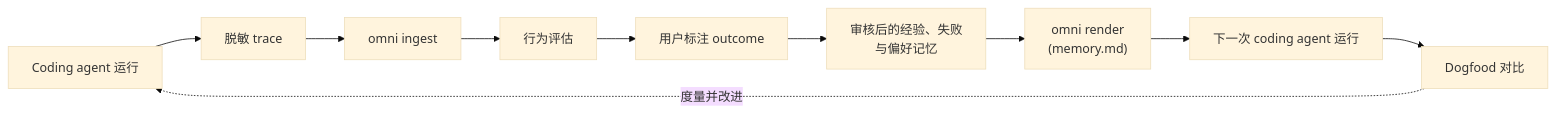
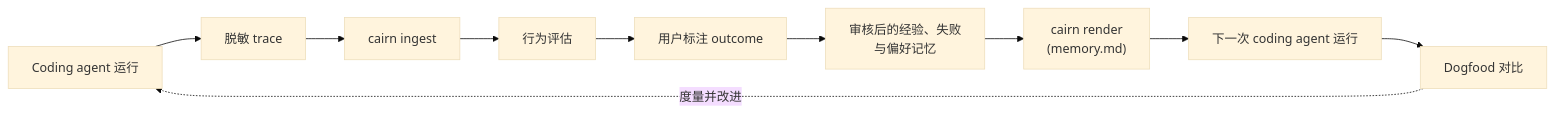
Before and after one commit to Jerry2003826/Cairn-Memory: the diagram in README.zh-CN.md, drawn with Mermaid (base theme). The commit also changed other lines of this file and 66 other files, not shown here.

First line of the commit message:
Rename product to Cairn Memory (#65)

````diff
--- a/README.zh-CN.md
+++ b/README.zh-CN.md
@@ -31,12 +31,12 @@
 ```mermaid
 flowchart LR
     A[Coding agent 运行] --> B[脱敏 trace]
-    B --> C[omni ingest]
+    B --> C[cairn ingest]
     C --> D[行为评估]
     D --> E[用户标注 outcome]
     E --> F["审核后的经验、失败<br/>与偏好记忆"]
-    F --> G["omni render<br/>(memory.md)"]
+    F --> G["cairn render<br/>(memory.md)"]
     G --> H[下一次 coding agent 运行]
     H --> I[Dogfood 对比]
     I -. 度量并改进 .-> A
 ```
````
